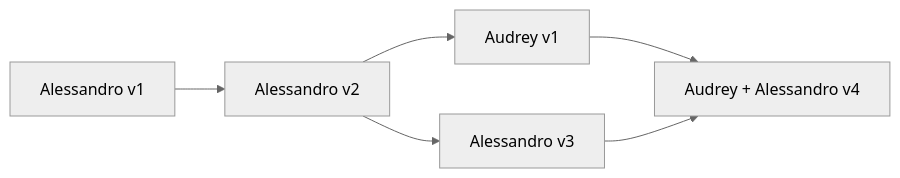
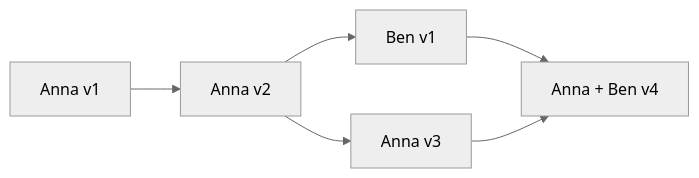
Before and after one commit to openstatsware/shortcourse-seoul2026: the first of 6 diagrams in slides/04_collaboration.qmd, drawn with Mermaid (neutral theme). The commit also changed other lines of this file and 5 other files, not shown here.

````diff
--- a/slides/04_collaboration.qmd
+++ b/slides/04_collaboration.qmd
@@ -90,8 +90,8 @@
 ```{mermaid}
 flowchart LR
-  A[Alessandro v1] --> B[Alessandro v2]
-  B --> C[Alessandro v3]
-  B --> D[Audrey v1]
-  D --> E[Audrey + Alessandro v4]
+  A[Anna v1] --> B[Anna v2]
+  B --> C[Anna v3]
+  B --> D[Ben v1]
+  D --> E[Anna + Ben v4]
   C --> E
 ```
````
